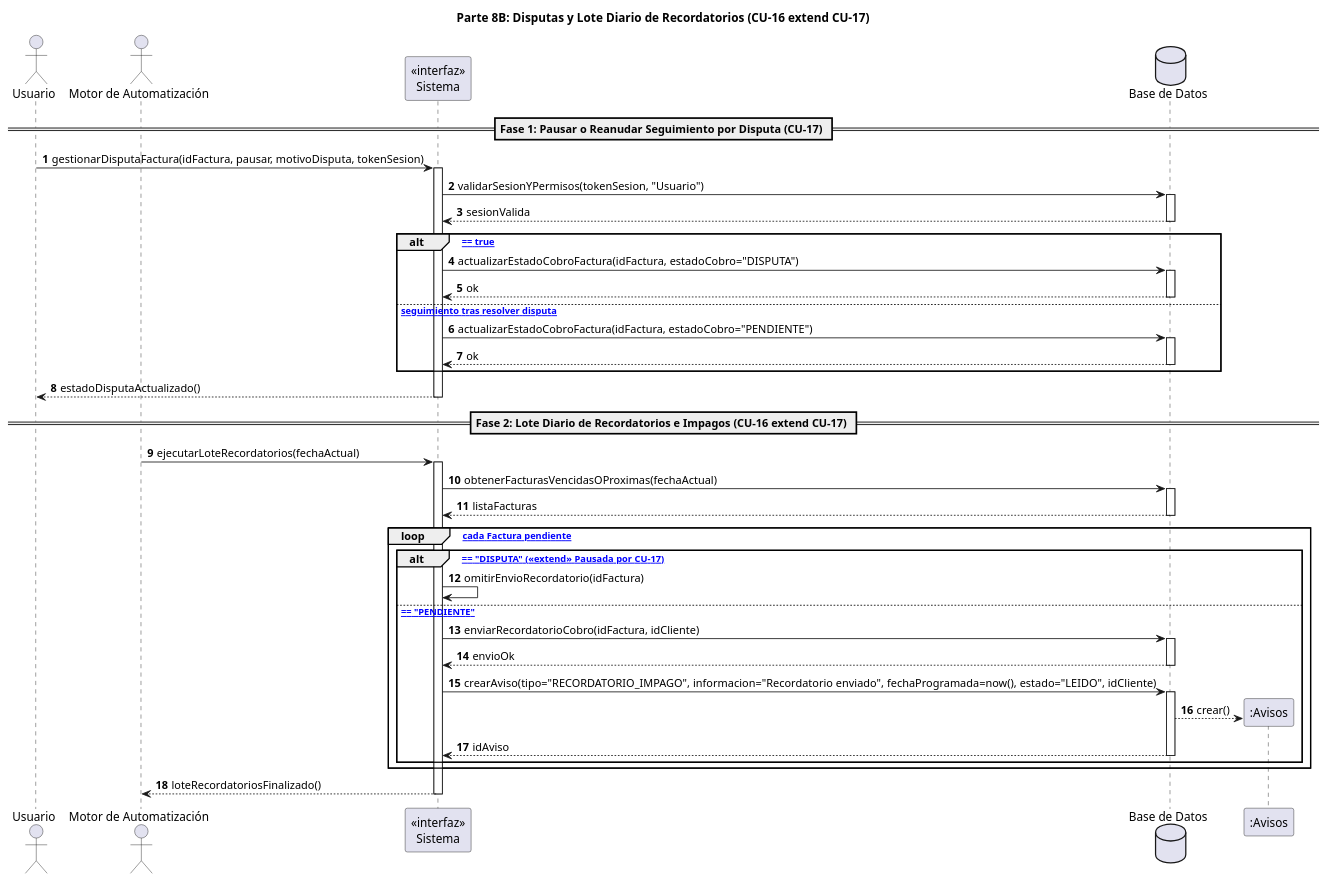
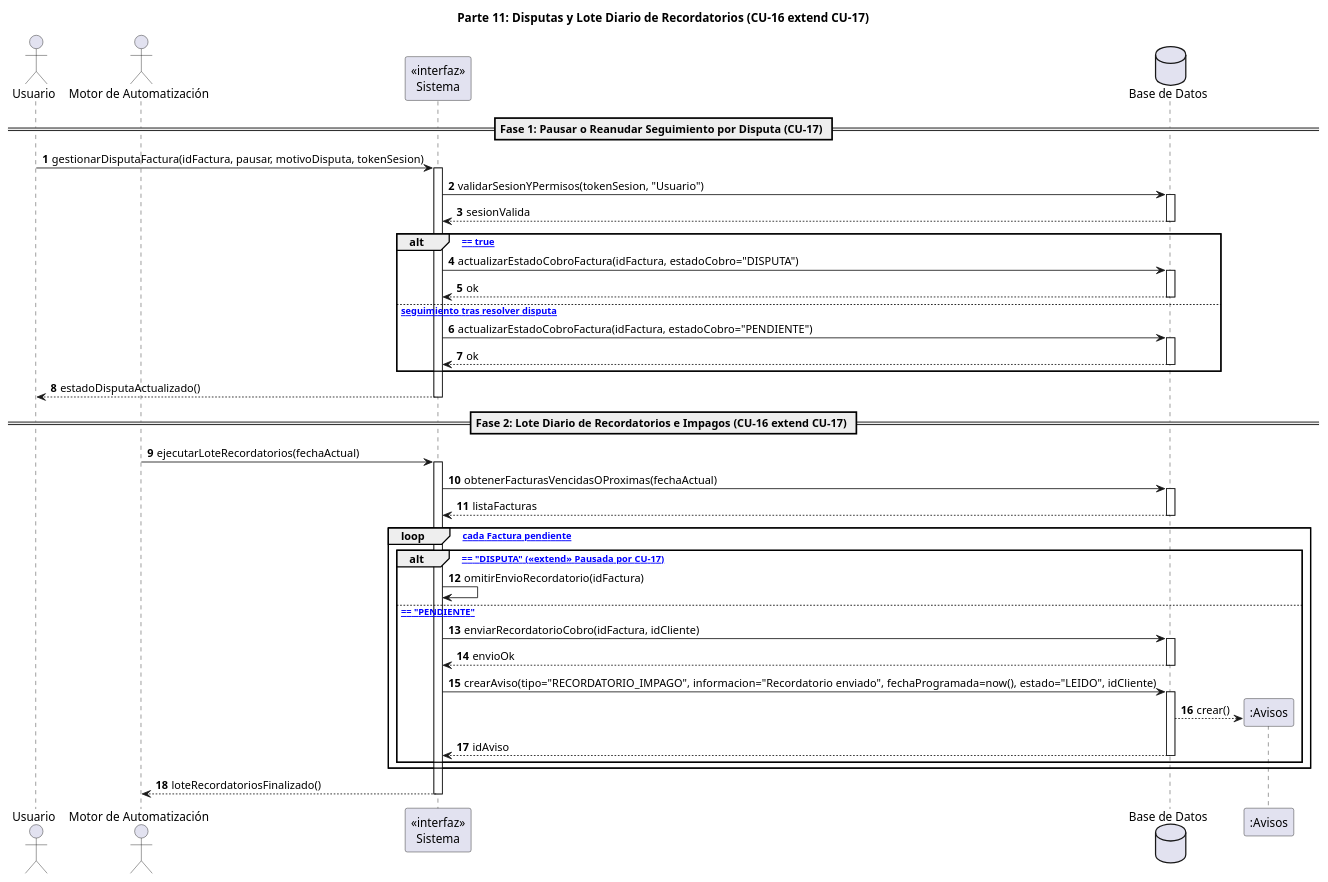
One commit to Ragavez/TurbineHuclides changed diagram 11 of 13 in Parcial 2/DiagramaSecuenciaUML/diagramas_de_secuencia_Codigo.md. Above: the diagram before and after it, drawn with PlantUML. The commit also changed other lines of this file, not shown here.

Commit message:
Corrección código parte 6

````diff
--- a/Parcial 2/DiagramaSecuenciaUML/diagramas_de_secuencia_Codigo.md
+++ b/Parcial 2/DiagramaSecuenciaUML/diagramas_de_secuencia_Codigo.md
@@ -823,66 +823,66 @@
 ```plantuml
 @startuml
 autonumber
-title Parte 8B: Disputas y Lote Diario de Recordatorios (CU-16 extend CU-17)
+title Parte 11: Disputas y Lote Diario de Recordatorios (CU-16 extend CU-17)
 
 actor "Usuario" as Operativo
 actor "Motor de Automatización" as Motor
 participant "«interfaz»\nSistema" as Sistema
 database "Base de Datos" as BD
 
 == Fase 1: Pausar o Reanudar Seguimiento por Disputa (CU-17) ==
 
 Operativo -> Sistema : gestionarDisputaFactura(idFactura, pausar, motivoDisputa, tokenSesion)
 activate Sistema
 
 Sistema -> BD : validarSesionYPermisos(tokenSesion, "Usuario")
 activate BD
 BD --> Sistema : sesionValida
 deactivate BD
 
 alt [pausar == true]
     Sistema -> BD : actualizarEstadoCobroFactura(idFactura, estadoCobro="DISPUTA")
     activate BD
     BD --> Sistema : ok
     deactivate BD
 else [Reanudar seguimiento tras resolver disputa]
     Sistema -> BD : actualizarEstadoCobroFactura(idFactura, estadoCobro="PENDIENTE")
     activate BD
     BD --> Sistema : ok
     deactivate BD
 end
 
 Sistema --> Operativo : estadoDisputaActualizado()
 deactivate Sistema
 
 == Fase 2: Lote Diario de Recordatorios e Impagos (CU-16 extend CU-17) ==
 
 Motor -> Sistema : ejecutarLoteRecordatorios(fechaActual)
 activate Sistema
 
 Sistema -> BD : obtenerFacturasVencidasOProximas(fechaActual)
 activate BD
 BD --> Sistema : listaFacturas
 deactivate BD
 
 loop [Para cada Factura pendiente]
     alt [estadoCobro == "DISPUTA" (<<extend>> Pausada por CU-17)]
         Sistema -> Sistema : omitirEnvioRecordatorio(idFactura)
     else [estadoCobro == "PENDIENTE"]
         Sistema -> BD : enviarRecordatorioCobro(idFactura, idCliente)
         activate BD
         BD --> Sistema : envioOk
         deactivate BD
         Sistema -> BD : crearAviso(tipo="RECORDATORIO_IMPAGO", informacion="Recordatorio enviado", fechaProgramada=now(), estado="LEIDO", idCliente)
         activate BD
         create participant ":Avisos" as AvisoRec
         BD --> AvisoRec : crear()
         BD --> Sistema : idAviso
         deactivate BD
     end
 end
 
 Sistema --> Motor : loteRecordatoriosFinalizado()
 deactivate Sistema
 @enduml
 ```
````
